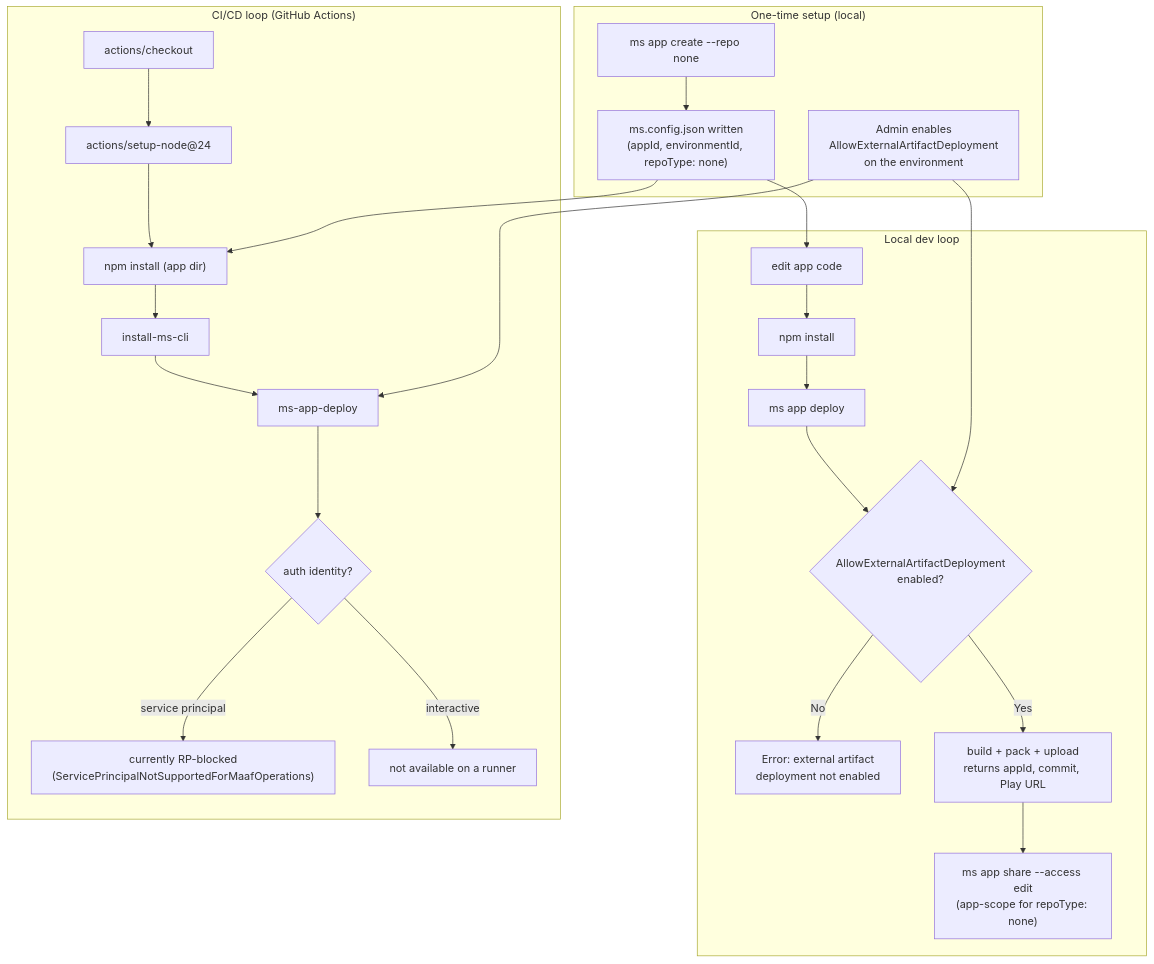
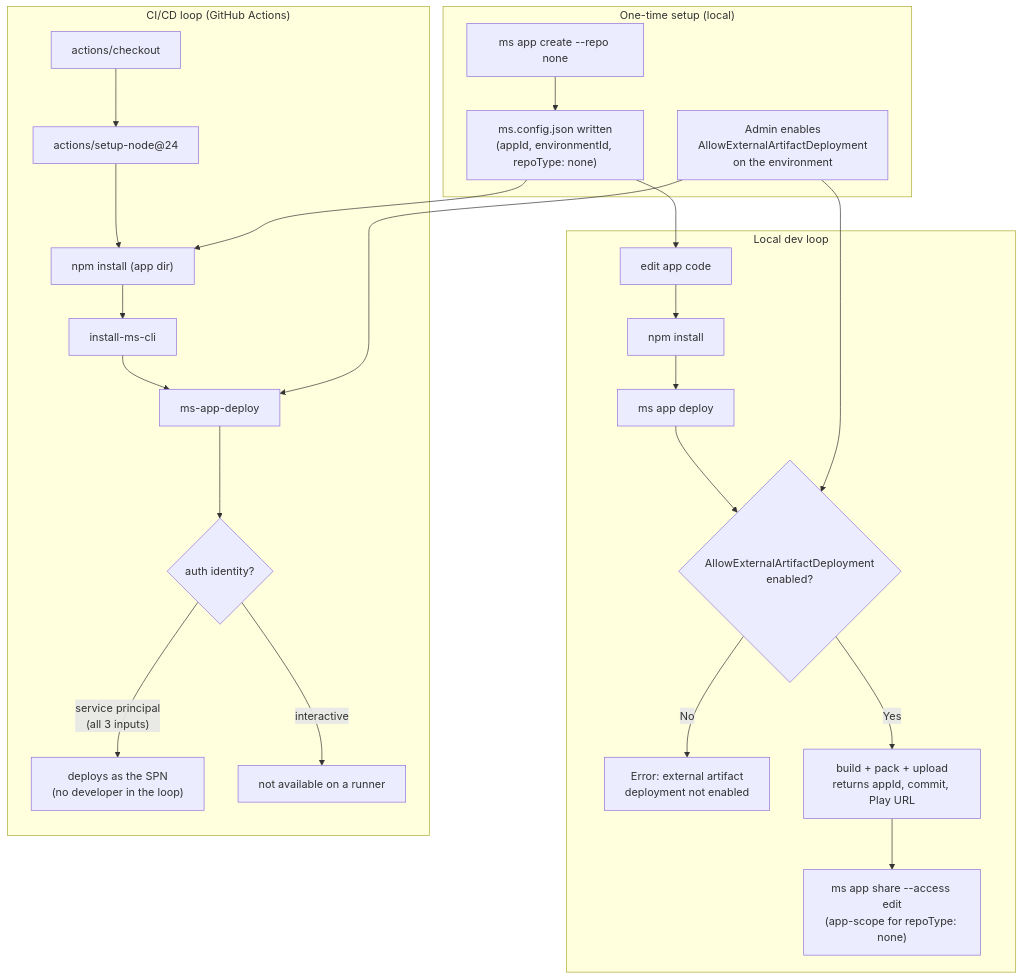
Before and after one commit to microsoft/Managed-Apps: the first of 3 diagrams in github-actions/docs/architecture.md, drawn with Mermaid. The commit also changed other lines of this file and 4 other files, not shown here.

First line of the commit message:
Remove stale SPN-blocked messaging (SPN now enabled)

````diff
--- a/github-actions/docs/architecture.md
+++ b/github-actions/docs/architecture.md
@@ -24,31 +24,31 @@
 ```mermaid
 flowchart TD
     subgraph Setup["One-time setup (local)"]
         A1["ms app create --repo none"] --> A2["ms.config.json written<br/>(appId, environmentId, repoType: none)"]
         A3["Admin enables<br/>AllowExternalArtifactDeployment<br/>on the environment"]
     end
 
     subgraph Local["Local dev loop"]
         B1["edit app code"] --> B2["npm install"]
         B2 --> B3["ms app deploy"]
         B3 --> B4{"AllowExternalArtifactDeployment<br/>enabled?"}
         B4 -- "No" --> B5["Error: external artifact<br/>deployment not enabled"]
         B4 -- "Yes" --> B6["build + pack + upload<br/>returns appId, commit, Play URL"]
         B6 --> B7["ms app share --access edit<br/>(app-scope for repoType: none)"]
     end
 
     subgraph CI["CI/CD loop (GitHub Actions)"]
         C1["actions/checkout"] --> C2["actions/setup-node@24"]
         C2 --> C3["npm install (app dir)"]
         C3 --> C4["install-ms-cli"]
         C4 --> C5["ms-app-deploy"]
         C5 --> C6{"auth identity?"}
-        C6 -- "service principal" --> C7["currently RP-blocked<br/>(ServicePrincipalNotSupportedForMaafOperations)"]
+        C6 -- "service principal<br/>(all 3 inputs)" --> C7["deploys as the SPN<br/>(no developer in the loop)"]
         C6 -- "interactive" --> C8["not available on a runner"]
     end
 
     A2 --> B1
     A3 --> B4
     A2 --> C3
     A3 --> C5
 ```
````
